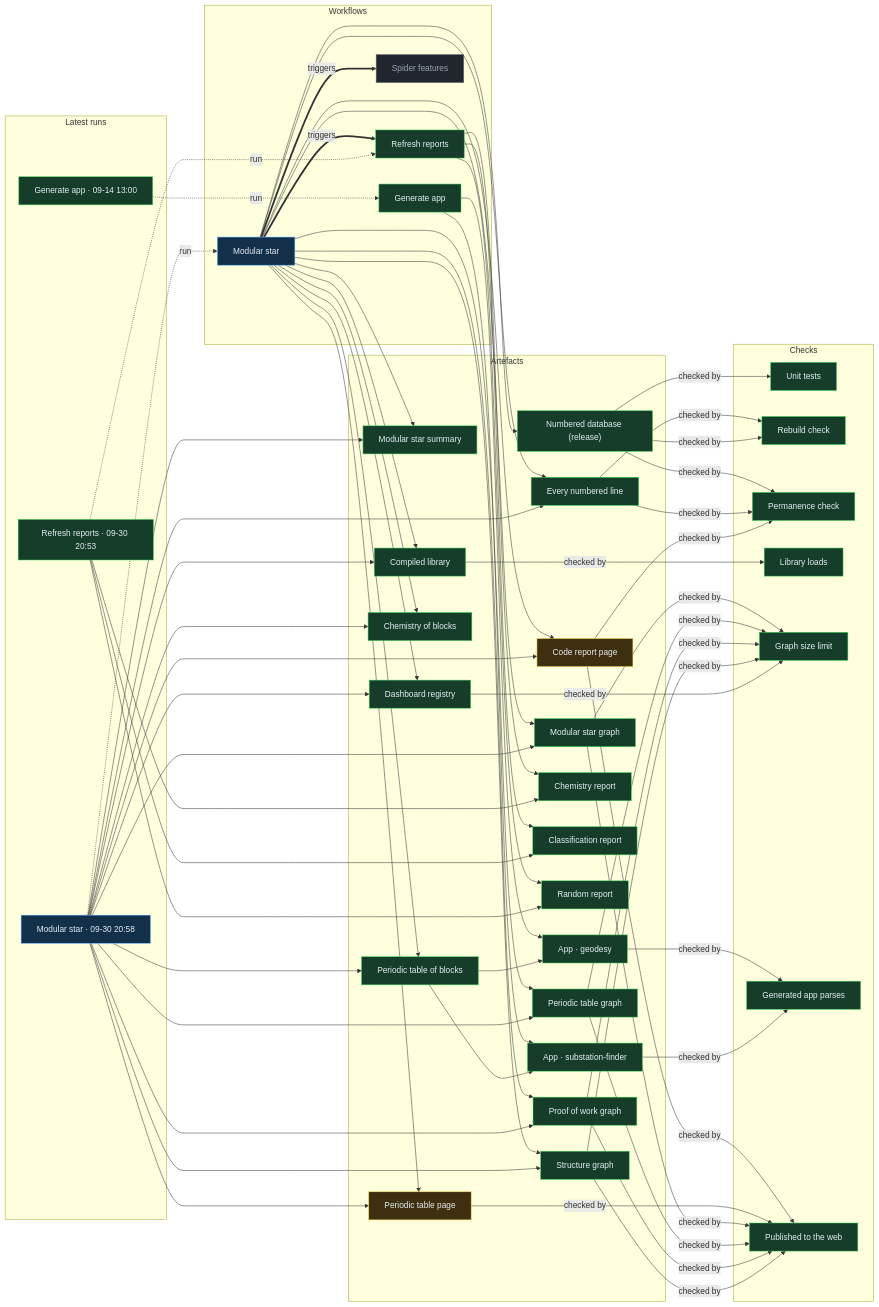
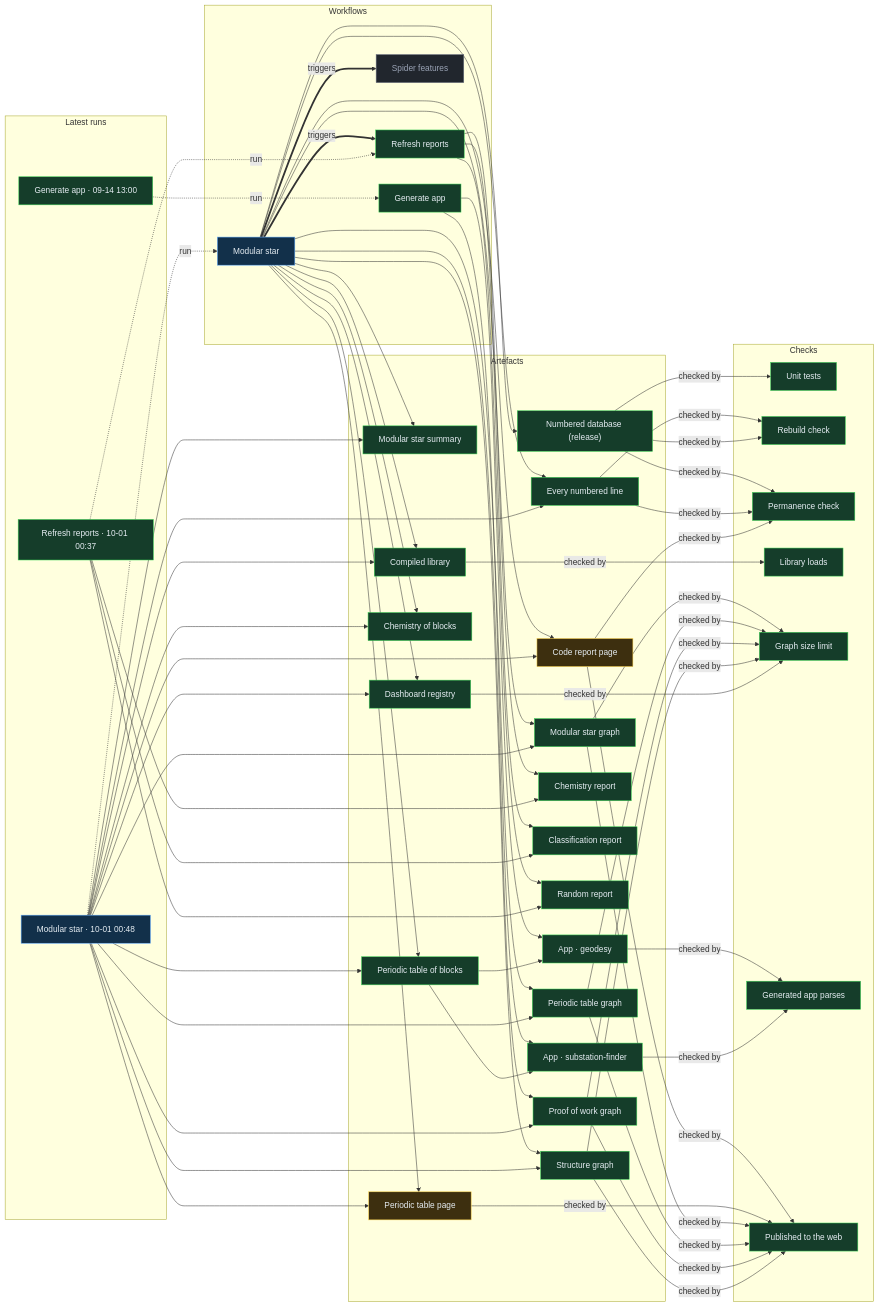
One commit to Ventusltd/stars changed the diagram in proof/PROOF.md. Above: the diagram before and after it, drawn with Mermaid. The commit also changed other lines of this file and 37 other files, not shown here.

Commit message:
Modular star 2026-10-01T00:50Z

```diff
--- a/proof/PROOF.md
+++ b/proof/PROOF.md
@@ -24,8 +24,8 @@
   n_wf_spider_features["Spider features"]:::off
   end
   subgraph g_runs["Latest runs"]
-  n_run_36776313576["Modular star · 09-30 20:58"]:::live
-  n_run_36775730091["Refresh reports · 09-30 20:53"]:::ok
+  n_run_36797988157["Modular star · 10-01 00:48"]:::live
+  n_run_36797130958["Refresh reports · 10-01 00:37"]:::ok
   n_run_34846587798["Generate app · 09-14 13:00"]:::ok
   end
   subgraph g_artefacts["Artefacts"]
@@ -59,39 +59,39 @@
   end
   n_wf_modular_star == triggers ==> n_wf_refresh
   n_wf_modular_star == triggers ==> n_wf_spider_features
-  n_run_36776313576 -. run .-> n_wf_modular_star
-  n_run_36775730091 -. run .-> n_wf_refresh
+  n_run_36797988157 -. run .-> n_wf_modular_star
+  n_run_36797130958 -. run .-> n_wf_refresh
   n_run_34846587798 -. run .-> n_wf_generate
   n_wf_modular_star --> n_art_summary
-  n_run_36776313576 --> n_art_summary
+  n_run_36797988157 --> n_art_summary
   n_wf_modular_star --> n_art_lines
-  n_run_36776313576 --> n_art_lines
+  n_run_36797988157 --> n_art_lines
   n_wf_modular_star --> n_art_code
-  n_run_36776313576 --> n_art_code
+  n_run_36797988157 --> n_art_code
   n_wf_modular_star --> n_art_modular_graph
-  n_run_36776313576 --> n_art_modular_graph
+  n_run_36797988157 --> n_art_modular_graph
   n_wf_modular_star --> n_art_blocks
-  n_run_36776313576 --> n_art_blocks
+  n_run_36797988157 --> n_art_blocks
   n_wf_modular_star --> n_art_table
-  n_run_36776313576 --> n_art_table
+  n_run_36797988157 --> n_art_table
   n_wf_modular_star --> n_art_blocks_graph
-  n_run_36776313576 --> n_art_blocks_graph
+  n_run_36797988157 --> n_art_blocks_graph
   n_wf_modular_star --> n_art_reactions
-  n_run_36776313576 --> n_art_reactions
+  n_run_36797988157 --> n_art_reactions
   n_wf_modular_star --> n_art_library
-  n_run_36776313576 --> n_art_library
+  n_run_36797988157 --> n_art_library
   n_wf_modular_star --> n_art_features
-  n_run_36776313576 --> n_art_features
+  n_run_36797988157 --> n_art_features
   n_wf_modular_star --> n_art_proof
-  n_run_36776313576 --> n_art_proof
+  n_run_36797988157 --> n_art_proof
   n_wf_modular_star --> n_art_structure
-  n_run_36776313576 --> n_art_structure
+  n_run_36797988157 --> n_art_structure
   n_wf_refresh --> n_art_chemistry
-  n_run_36775730091 --> n_art_chemistry
+  n_run_36797130958 --> n_art_chemistry
   n_wf_refresh --> n_art_vedic
-  n_run_36775730091 --> n_art_vedic
+  n_run_36797130958 --> n_art_vedic
   n_wf_refresh --> n_art_random
-  n_run_36775730091 --> n_art_random
+  n_run_36797130958 --> n_art_random
   n_wf_modular_star --> n_art_release
   n_wf_generate --> n_app_geodesy
   n_art_blocks --> n_app_geodesy
```
